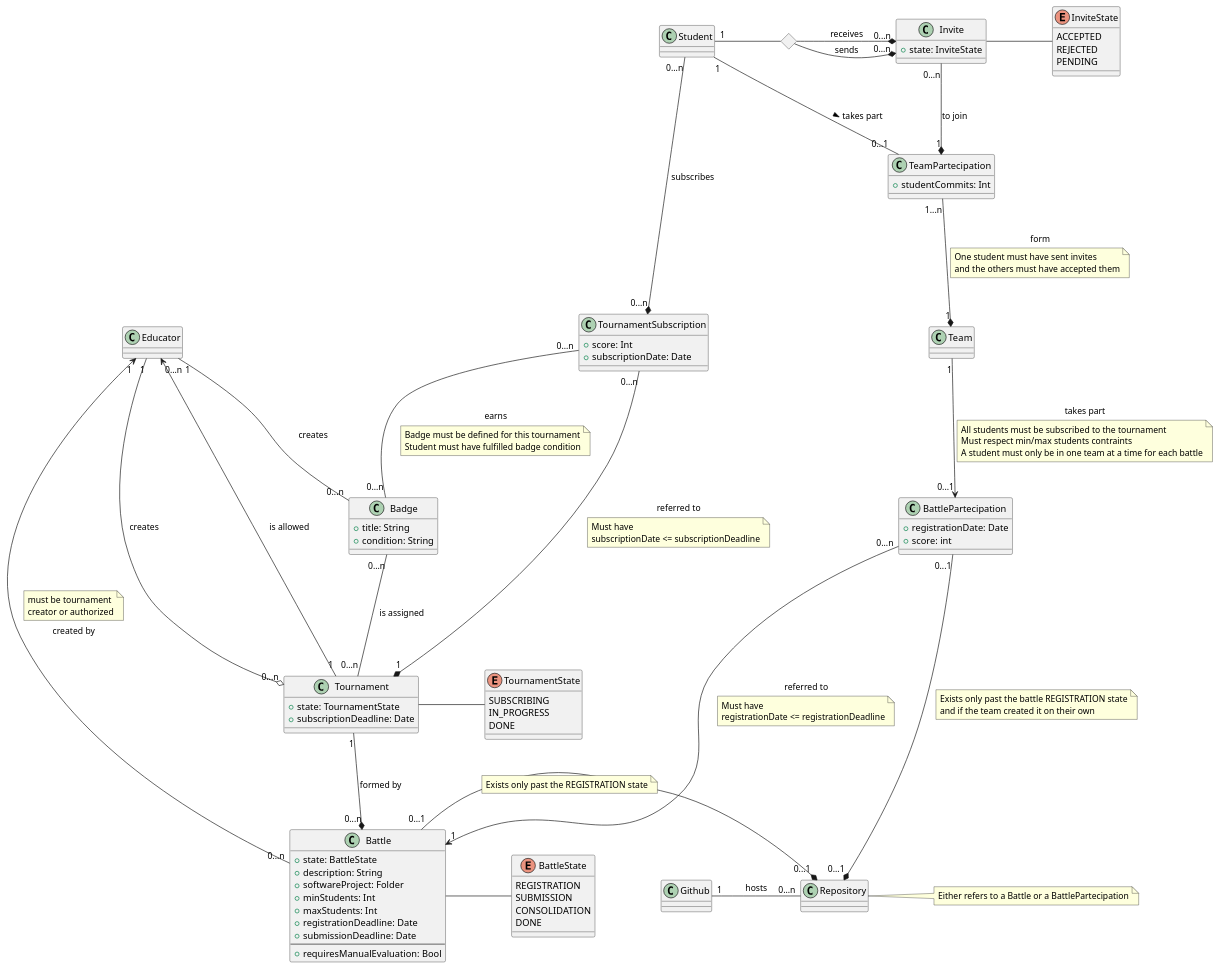
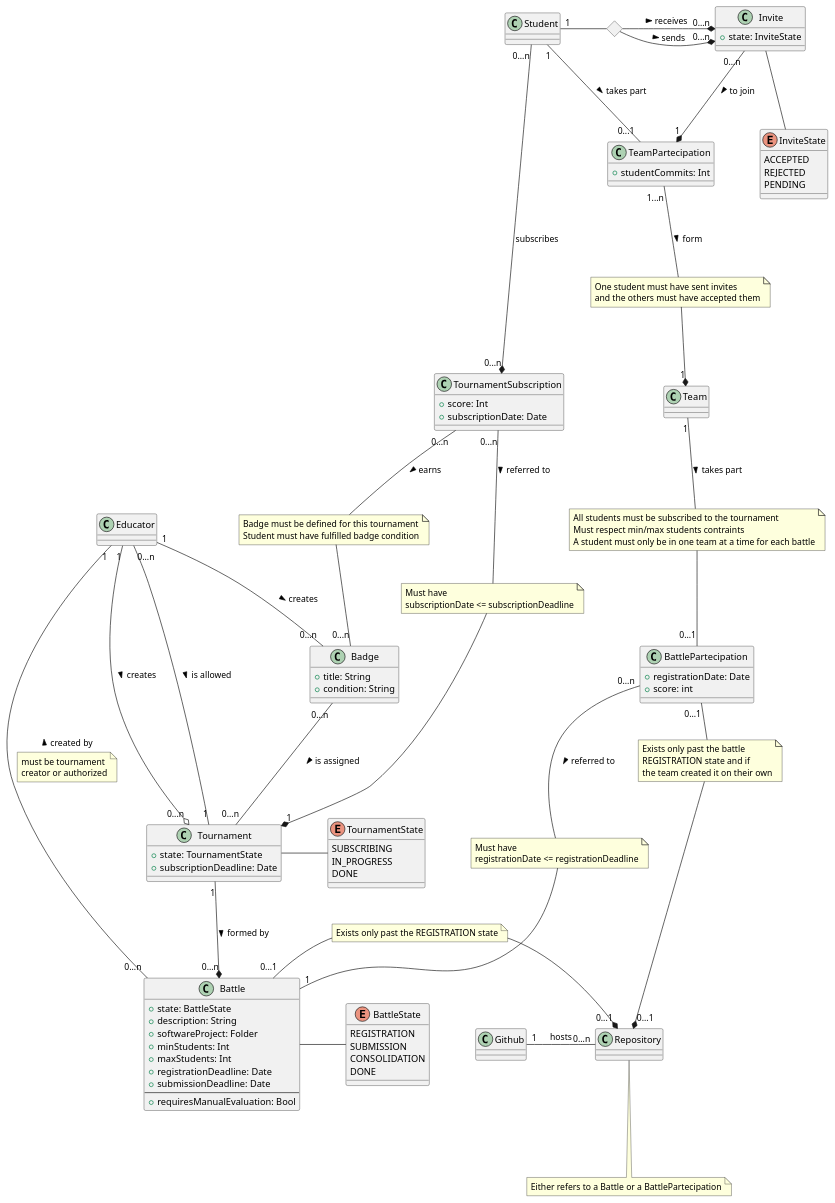
One commit to Furrrlo/CodeKataBattle changed the diagram in rasd/puml/class-diagram.puml. Above: the diagram before and after it, drawn with PlantUML.

Commit message:
Make class diagram fit better in a page

```diff
--- a/rasd/puml/class-diagram.puml
+++ b/rasd/puml/class-diagram.puml
@@ -1,155 +1,162 @@
 @startuml
 
-skinparam nodesep 100
+skinparam nodesep 70
 skinparam ranksep 100
 
 class Educator {
 }
 
 class Student {
 }
 
 <> inviteDiamond
 
 Student "1" - inviteDiamond
-inviteDiamond -* "0...n" Invite: sends
-inviteDiamond -* "0...n" Invite: receives
-Invite "0...n" -* "1" TeamPartecipation: to join
+inviteDiamond -* "0...n" Invite: > sends
+inviteDiamond -* "0...n" Invite: > receives<U+00A0><U+00A0>
+Invite "0...n" -* "1" TeamPartecipation: > to join
 
-Invite - InviteState
+Invite -- InviteState
 
 class Invite {
   +state: InviteState
 }
 
 enum InviteState {
     ACCEPTED
     REJECTED
     PENDING
 }
 
 Student "1" -down- "0...1" TeamPartecipation: > takes part
 
 class TeamPartecipation {
   +studentCommits: Int
 }
 
-TeamPartecipation "1...n" -down-* "1" Team: form
-note on link
+note as TeamPartecipationToTeam
 One student must have sent invites
 and the others must have accepted them
 end note
+TeamPartecipation "1...n" -down- TeamPartecipationToTeam: > form
+TeamPartecipationToTeam -down-* "1" Team
 
 class Team {
 }
 
-Team "1" -down-> "0...1" BattlePartecipation: takes part
-note on link
+note as TeamToBattlePartecipation
 All students must be subscribed to the tournament
 Must respect min/max students contraints
 A student must only be in one team at a time for each battle
 end note
+Team "1" -d- TeamToBattlePartecipation: > takes part
+TeamToBattlePartecipation -d- "0...1" BattlePartecipation
 
 class BattlePartecipation {
   +registrationDate: Date
   +score: int
 }
 
 Student "0...n" -down-* "0...n" TournamentSubscription: subscribes
 
 class TournamentSubscription {
   +score: Int
   +subscriptionDate: Date
 }
 
-TournamentSubscription "0...n" -down-* "1" Tournament: referred to
-note on link
+note as TournamentSubscriptionToTournament
 Must have
 subscriptionDate <= subscriptionDeadline
 end note
+TournamentSubscription "0...n" -down- TournamentSubscriptionToTournament: > referred to
+TournamentSubscriptionToTournament -down-* "1" Tournament
 
 class Tournament {
   +state: TournamentState
   +subscriptionDeadline: Date
 }
 
 enum TournamentState {
   SUBSCRIBING
   IN_PROGRESS
   DONE
 }
 
-BattlePartecipation "0...n" -down--> "1" Battle: referred to
-note on link
+note as BattlePartecipationToBattle
 Must have 
 registrationDate <= registrationDeadline
 end note
+BattlePartecipation "0...n" -down- BattlePartecipationToBattle: > referred to
+BattlePartecipationToBattle -down- "1" Battle
 
 class Battle {
   +state: BattleState
   +description: String
   +softwareProject: Folder
   +minStudents: Int
   +maxStudents: Int
   +registrationDeadline: Date
   +submissionDeadline: Date
   ----
   +requiresManualEvaluation: Bool
 }
 
 enum BattleState {
   REGISTRATION
   SUBMISSION
   CONSOLIDATION
   DONE
 }
 
 class Repository {
 }
-note right: Either refers to a Battle or a BattlePartecipation
+note bottom of Repository: Either refers to a Battle or a BattlePartecipation
 
 class Github {
 }
 
 class Badge {
   +title: String
   +condition: String
 }
 
-Educator "1" --o "0...n" Tournament: creates
-Educator "0...n" <-- "1" Tournament : is allowed
-Educator "1" <-- "0...n" Battle : created by
-note top on link 
+Educator "1" --o "0...n" Tournament: > creates
+Educator "0...n" -- "1" Tournament : > is allowed
+Educator "1" -- "0...n" Battle : < created by
+note on link 
 must be tournament 
 creator or authorized
 end note
 
 Tournament - TournamentState
 
-Tournament "1" --* "0...n" Battle: formed by
+Tournament "1" --* "0...n" Battle: > formed by
 
 Battle - BattleState
 
 Battle "0...1" -* "0...1" Repository
 note on link
 Exists only past the REGISTRATION state
 end note
 
-BattlePartecipation "0...1" -* "0...1" Repository
-note on link
-Exists only past the battle REGISTRATION state
-and if the team created it on their own
+note as BattlePartecipationToRepository
+Exists only past the battle 
+REGISTRATION state and if 
+the team created it on their own
 end note
+BattlePartecipation "0...1" - BattlePartecipationToRepository
+BattlePartecipationToRepository -* "0...1" Repository
 
 Github "1" - "0...n" Repository: hosts
 
-TournamentSubscription "0...n" -- "0...n" Badge : earns
-note on link
+note as TournamentSubscriptionToBadge
 Badge must be defined for this tournament
 Student must have fulfilled badge condition
 end note
+TournamentSubscription "0...n" -- TournamentSubscriptionToBadge : > earns
+TournamentSubscriptionToBadge -- "0...n" Badge
 
-Educator "1" -- "0...n" Badge : creates
-Badge "0...n" -- "0...n" Tournament : is assigned
+Educator "1" -- "0...n" Badge : > creates
+Badge "0...n" -- "0...n" Tournament : > is assigned
 
 @enduml
```
